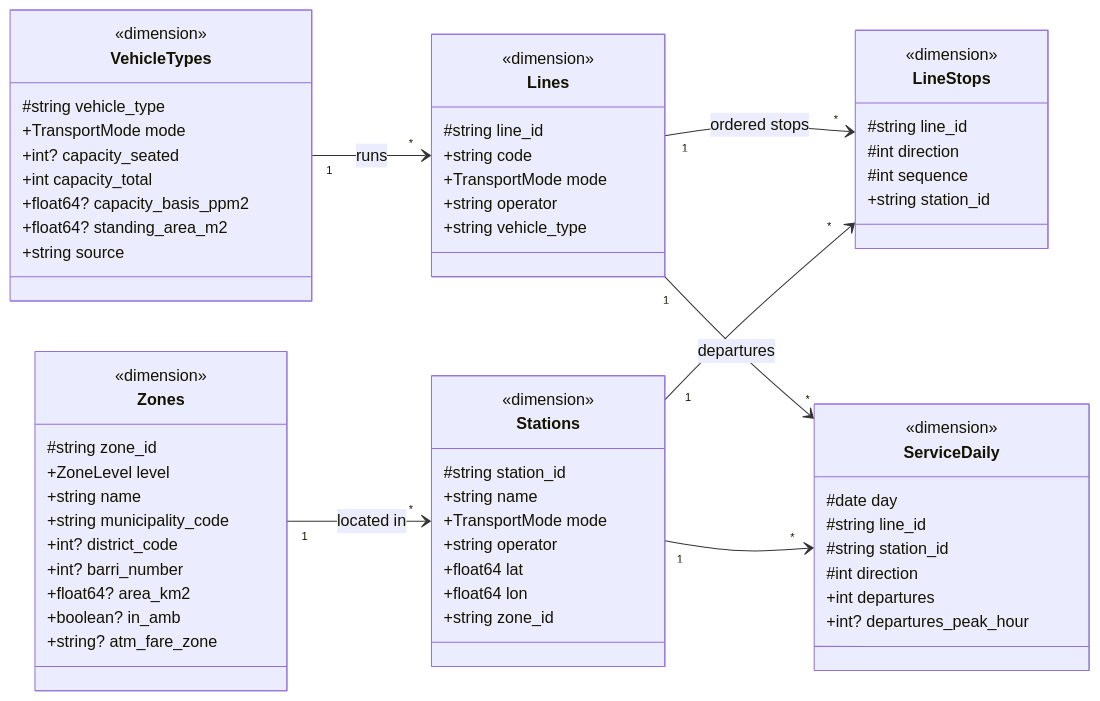
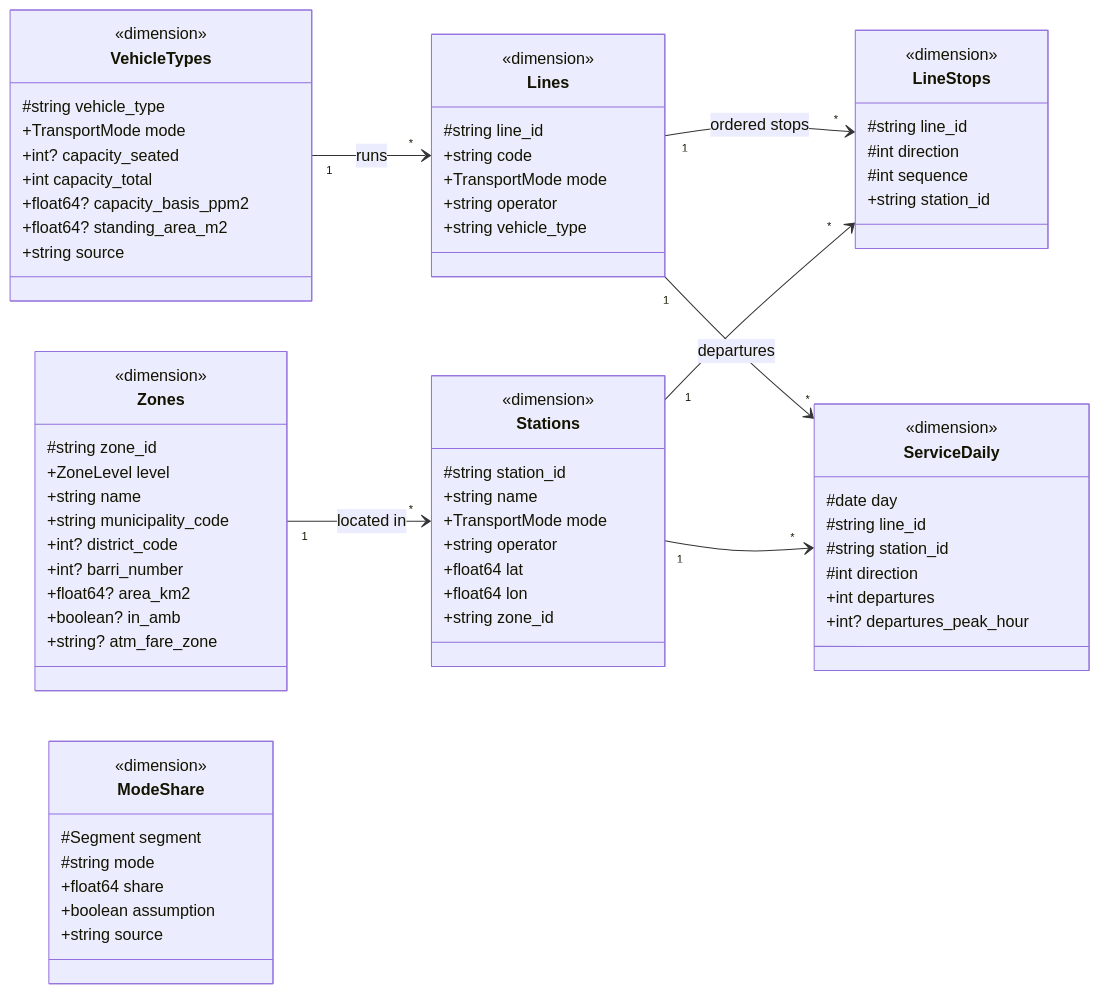
Before and after one commit to asteraceae/prisa: the second of 6 diagrams in docs/data-model.md, drawn with Mermaid. The commit also changed other lines of this file and 7 other files, not shown here.

Commit message:
Add mode share reference table from EMEF 2024 and tourist surveys

````diff
--- a/docs/data-model.md
+++ b/docs/data-model.md
@@ -65,66 +65,74 @@
 ```mermaid
 classDiagram
   direction LR
   class Zones {
     <<dimension>>
     #string zone_id
     +ZoneLevel level
     +string name
     +string municipality_code
     +int? district_code
     +int? barri_number
     +float64? area_km2
     +boolean? in_amb
     +string? atm_fare_zone
   }
   class Stations {
     <<dimension>>
     #string station_id
     +string name
     +TransportMode mode
     +string operator
     +float64 lat
     +float64 lon
     +string zone_id
   }
   class Lines {
     <<dimension>>
     #string line_id
     +string code
     +TransportMode mode
     +string operator
     +string vehicle_type
   }
   class LineStops {
     <<dimension>>
     #string line_id
     #int direction
     #int sequence
     +string station_id
   }
   class VehicleTypes {
     <<dimension>>
     #string vehicle_type
     +TransportMode mode
     +int? capacity_seated
     +int capacity_total
     +float64? capacity_basis_ppm2
     +float64? standing_area_m2
     +string source
   }
   class ServiceDaily {
     <<dimension>>
     #date day
     #string line_id
     #string station_id
     #int direction
     +int departures
     +int? departures_peak_hour
   }
+  class ModeShare {
+    <<dimension>>
+    #Segment segment
+    #string mode
+    +float64 share
+    +boolean assumption
+    +string source
+  }
   Zones "1" --> "*" Stations : located in
   Lines "1" --> "*" LineStops : ordered stops
   Stations "1" --> "*" LineStops
   VehicleTypes "1" --> "*" Lines : runs
   Lines "1" --> "*" ServiceDaily : departures
   Stations "1" --> "*" ServiceDaily
 ```
````
